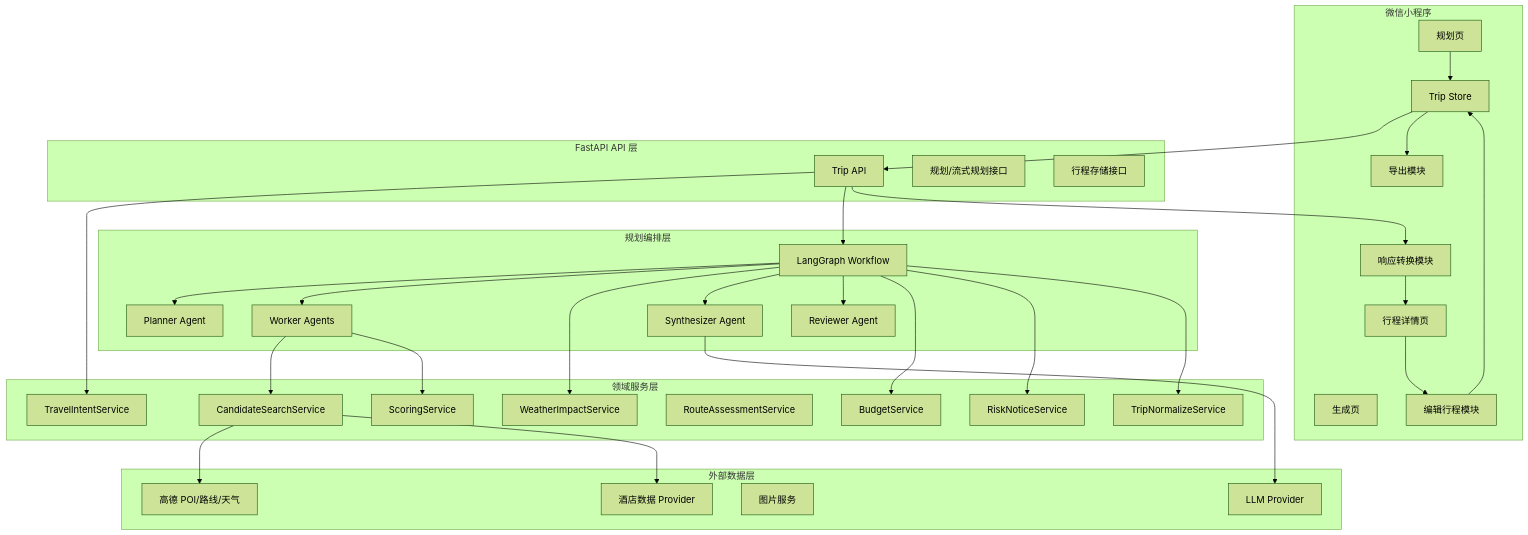
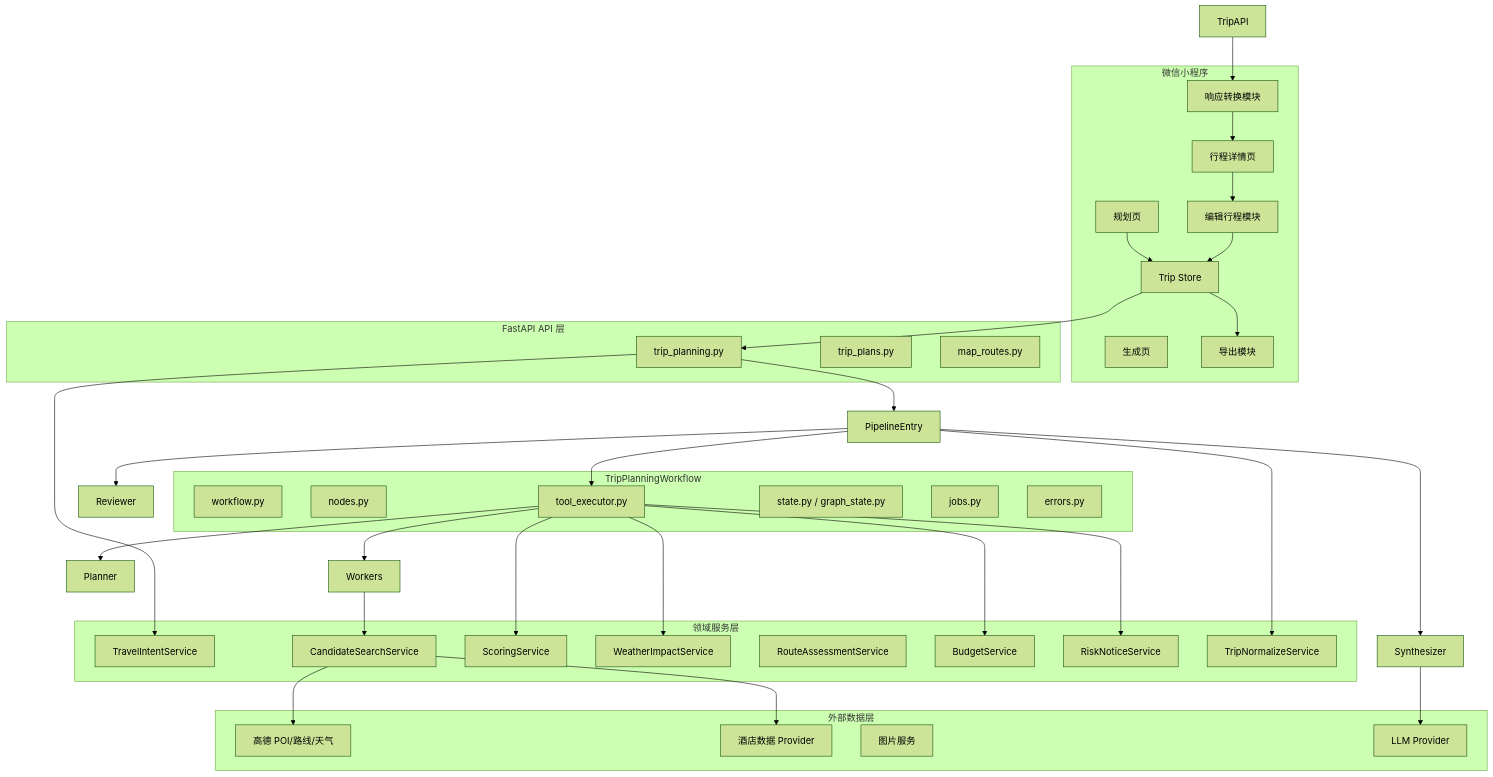
Before and after one commit to xg-debug/ai-travel-planner: the first of 2 diagrams in doc/detailed-design.md, drawn with Mermaid (forest theme). The commit also changed other lines of this file and 151 other files, not shown here.

````diff
--- a/doc/detailed-design.md
+++ b/doc/detailed-design.md
@@ -70,67 +70,69 @@
 ```mermaid
 flowchart TB
     subgraph MiniApp["微信小程序"]
         PlanPage["规划页"]
         GeneratePage["生成页"]
         DetailPage["行程详情页"]
         EditPage["编辑行程模块"]
         ExportModule["导出模块"]
         TripStore["Trip Store"]
         Transform["响应转换模块"]
     end
 
     subgraph API["FastAPI API 层"]
-        TripAPI["Trip API"]
-        PlanStream["规划/流式规划接口"]
-        PlanStorage["行程存储接口"]
+        TripPlanningAPI["trip_planning.py"]
+        PlanStorage["trip_plans.py"]
+        RouteAPI["map_routes.py"]
     end
 
-    subgraph Orchestration["规划编排层"]
-        Graph["LangGraph Workflow"]
-        Planner["Planner Agent"]
-        Workers["Worker Agents"]
-        Synthesizer["Synthesizer Agent"]
-        Reviewer["Reviewer Agent"]
+    subgraph Workflow["TripPlanningWorkflow"]
+        WorkflowEntry["workflow.py"]
+        Nodes["nodes.py"]
+        Executor["tool_executor.py"]
+        State["state.py / graph_state.py"]
+        Jobs["jobs.py"]
+        Errors["errors.py"]
     end
 
     subgraph Domain["领域服务层"]
         Intent["TravelIntentService"]
         Candidate["CandidateSearchService"]
         Scoring["ScoringService"]
         WeatherImpact["WeatherImpactService"]
         Route["RouteAssessmentService"]
         Budget["BudgetService"]
         Risk["RiskNoticeService"]
         Normalize["TripNormalizeService"]
     end
 
     subgraph External["外部数据层"]
         AMap["高德 POI/路线/天气"]
         HotelProvider["酒店数据 Provider"]
         Media["图片服务"]
         LLM["LLM Provider"]
     end
 
     PlanPage --> TripStore
-    TripStore --> TripAPI
-    TripAPI --> Intent
-    TripAPI --> Graph
-    Graph --> Planner
-    Graph --> Workers
+    TripStore --> TripPlanningAPI
+    TripPlanningAPI --> Intent
+    TripPlanningAPI --> PipelineEntry
+    PipelineEntry --> Executor
+    Executor --> Planner
+    Executor --> Workers
     Workers --> Candidate
     Candidate --> AMap
     Candidate --> HotelProvider
-    Workers --> Scoring
-    Graph --> WeatherImpact
-    Graph --> Synthesizer
+    Executor --> Scoring
+    Executor --> WeatherImpact
+    PipelineEntry --> Synthesizer
     Synthesizer --> LLM
-    Graph --> Reviewer
-    Graph --> Budget
-    Graph --> Risk
-    Graph --> Normalize
+    PipelineEntry --> Reviewer
+    Executor --> Budget
+    Executor --> Risk
+    PipelineEntry --> Normalize
     TripAPI --> Transform
     Transform --> DetailPage
     DetailPage --> EditPage
     EditPage --> TripStore
     TripStore --> ExportModule
 ```
````
